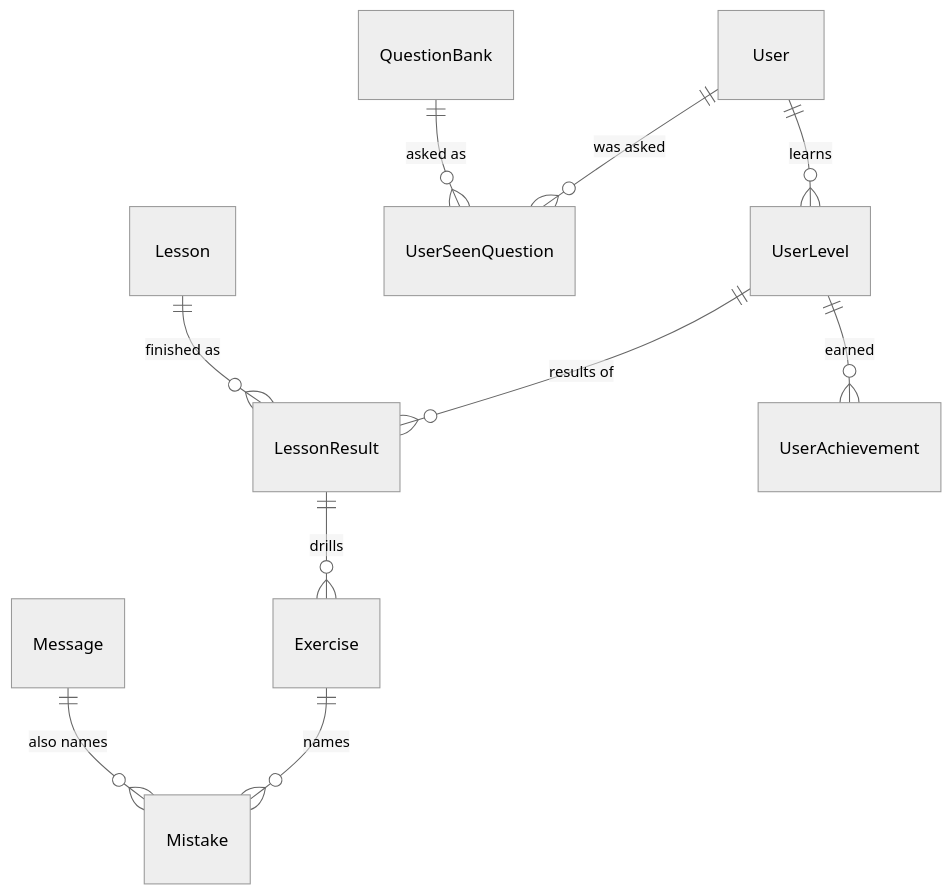
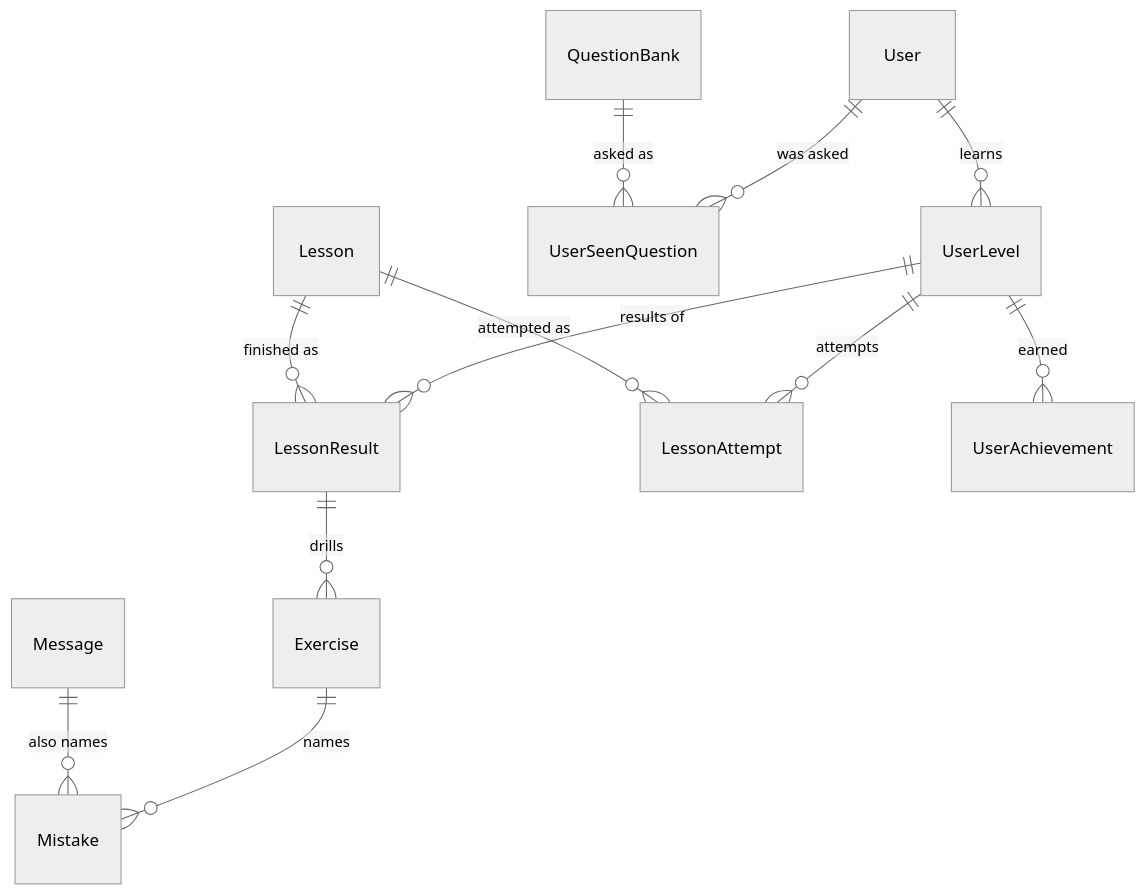
One commit to VictorBro/ft_transcendence changed the fourth of 5 diagrams in docs/PRODUCT_ARCHITECTURE.md. Above: the diagram before and after it, drawn with Mermaid (neutral theme). The commit also changed other lines of this file and 80 other files, not shown here.

````diff
--- a/docs/PRODUCT_ARCHITECTURE.md
+++ b/docs/PRODUCT_ARCHITECTURE.md
@@ -759,12 +759,14 @@
 ```mermaid
 erDiagram
     User         ||--o{ UserLevel        : "learns"
     User         ||--o{ UserSeenQuestion : "was asked"
     QuestionBank ||--o{ UserSeenQuestion : "asked as"
     UserLevel    ||--o{ LessonResult     : "results of"
     Lesson       ||--o{ LessonResult     : "finished as"
+    UserLevel    ||--o{ LessonAttempt    : "attempts"
+    Lesson       ||--o{ LessonAttempt    : "attempted as"
     UserLevel    ||--o{ UserAchievement  : "earned"
     LessonResult ||--o{ Exercise         : "drills"
     Exercise     ||--o{ Mistake          : "names"
     Message      ||--o{ Mistake          : "also names"
 ```
````
